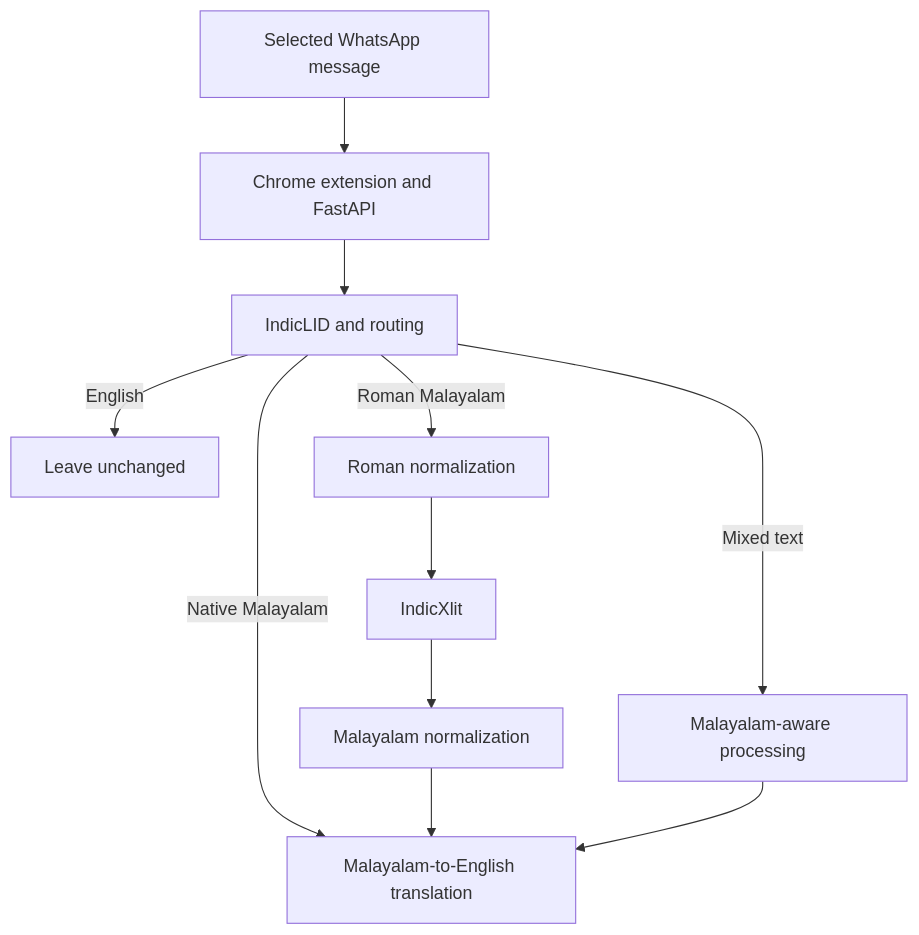
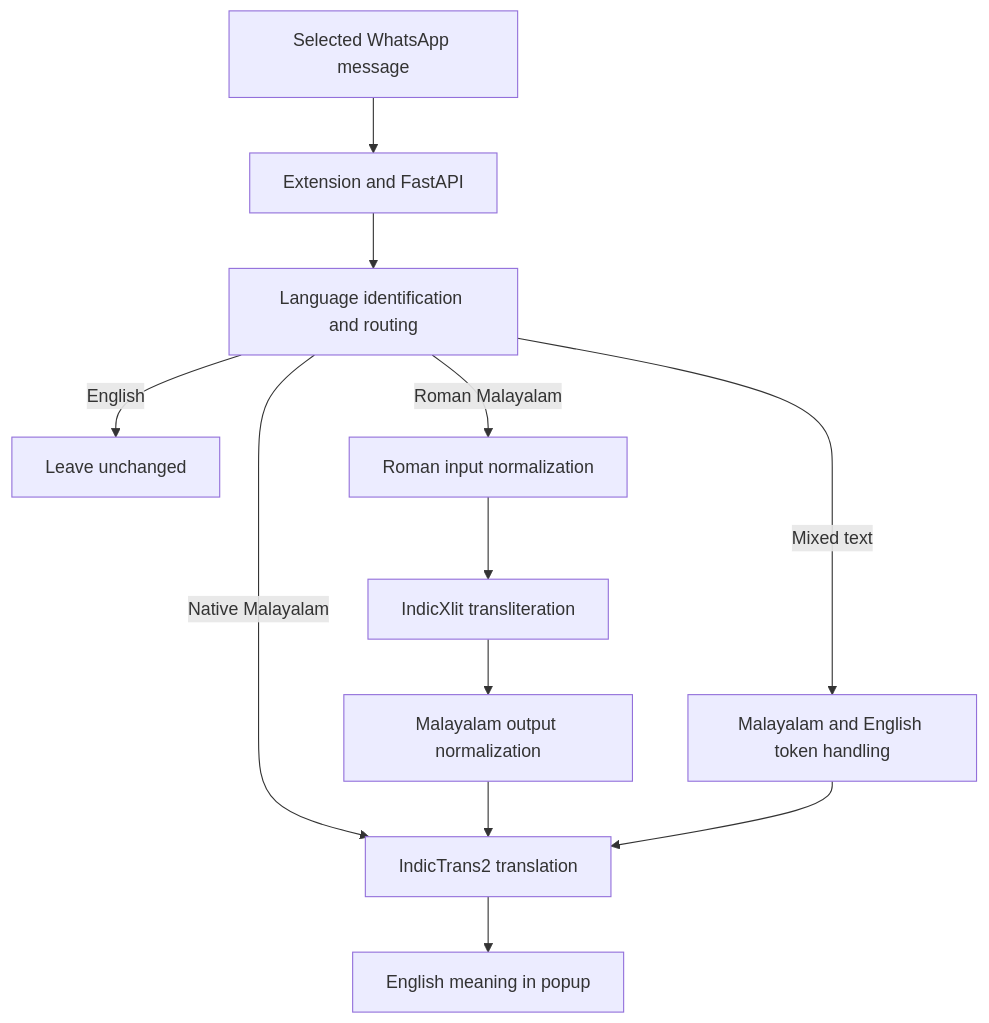
One commit to PraneethKumar-33/malayalam-whatsapp-translator changed the diagram in README.md. Above: the diagram before and after it, drawn with Mermaid. The commit also changed other lines of this file, not shown here.

````diff
--- a/README.md
+++ b/README.md
@@ -196,13 +144,14 @@
 ```mermaid
 flowchart TD
-    selection["Selected WhatsApp message"] --> api["Chrome extension and FastAPI"]
-    api --> lid["IndicLID and routing"]
-    lid -->|English| unchanged["Leave unchanged"]
-    lid -->|Native Malayalam| translation["Malayalam-to-English translation"]
-    lid -->|Roman Malayalam| roman["Roman normalization"]
-    roman --> xlit["IndicXlit"]
-    xlit --> native["Malayalam normalization"]
+    selection["Selected WhatsApp message"] --> api["Extension and FastAPI"]
+    api --> routing["Language identification and routing"]
+    routing -->|English| unchanged["Leave unchanged"]
+    routing -->|Native Malayalam| translation["IndicTrans2 translation"]
+    routing -->|Roman Malayalam| roman["Roman input normalization"]
+    roman --> xlit["IndicXlit transliteration"]
+    xlit --> native["Malayalam output normalization"]
     native --> translation
-    lid -->|Mixed text| mixed["Malayalam-aware processing"]
+    routing -->|Mixed text| mixed["Malayalam and English token handling"]
     mixed --> translation
+    translation --> result["English meaning in popup"]
 ```
````
